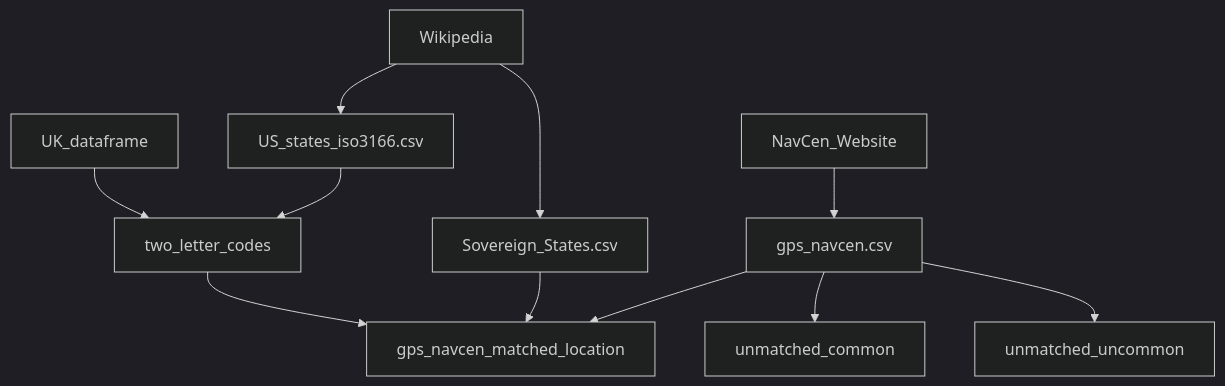
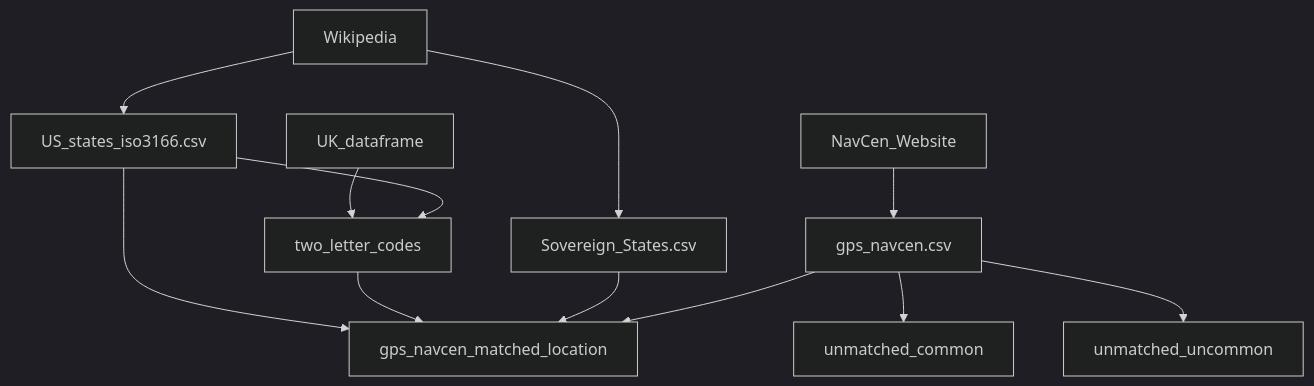
Before and after one commit to stelios-c/GPS_analysis: the diagram in README.md, drawn with Mermaid (dark theme).

````diff
--- a/README.md
+++ b/README.md
@@ -13,13 +13,14 @@
 ```mermaid
 graph TD;
     NavCen_Website-->gps_navcen.csv;
     Wikipedia--> US_states_iso3166.csv;
     Wikipedia--> Sovereign_States.csv;
     UK_dataframe--> two_letter_codes;
     US_states_iso3166.csv--> two_letter_codes;
+    US_states_iso3166.csv-->gps_navcen_matched_location;
     two_letter_codes-->gps_navcen_matched_location;
     Sovereign_States.csv-->gps_navcen_matched_location;
     gps_navcen.csv-->gps_navcen_matched_location;
     gps_navcen.csv-->unmatched_common;
     gps_navcen.csv-->unmatched_uncommon;
  ```
````
